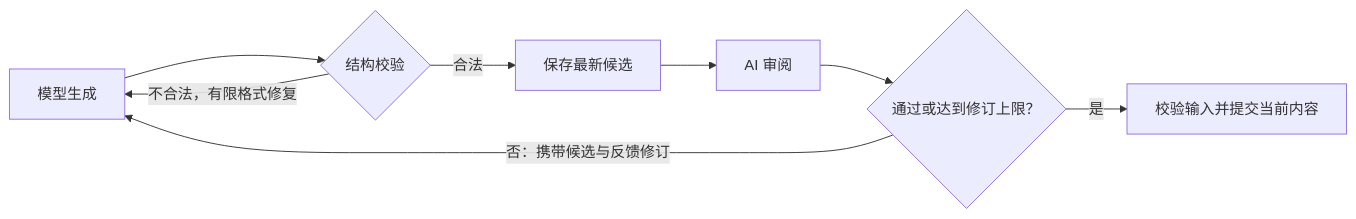
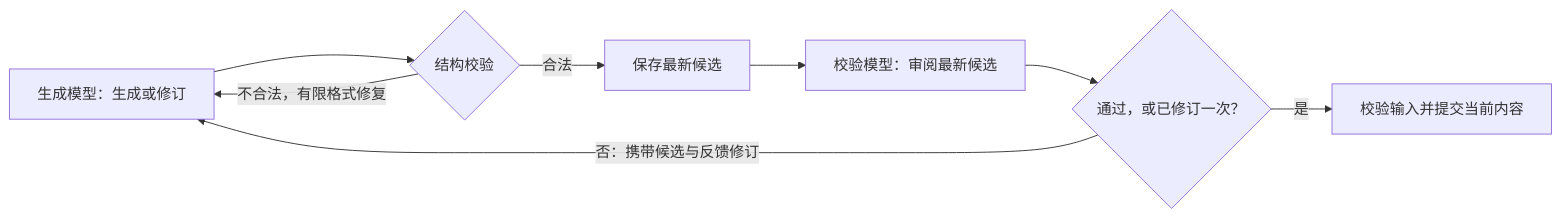
One commit to thisHobart/NovelWriter changed the third of 3 diagrams in docs/short_video/architecture.md. Above: the diagram before and after it, drawn with Mermaid. The commit also changed other lines of this file and 19 other files, not shown here.

````diff
--- a/docs/short_video/architecture.md
+++ b/docs/short_video/architecture.md
@@ -59,10 +60,10 @@
 ```mermaid
 flowchart LR
-    G[模型生成] --> V{结构校验}
+    G[生成模型：生成或修订] --> V{结构校验}
     V -->|不合法，有限格式修复| G
     V -->|合法| S[保存最新候选]
-    S --> R[AI 审阅]
-    R --> D{通过或达到修订上限？}
+    S --> R[校验模型：审阅最新候选]
+    R --> D{通过，或已修订一次？}
     D -->|否：携带候选与反馈修订| G
     D -->|是| C[校验输入并提交当前内容]
 ```
````
